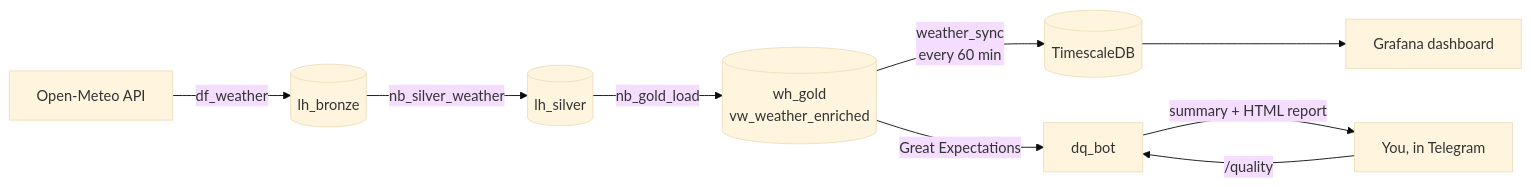
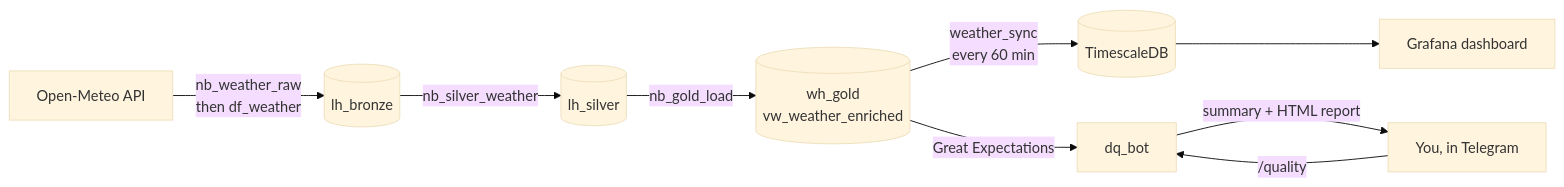
The diagram in docs/integrations.md (GammaSphere/itransition-project1-fabric), drawn with Mermaid (base theme) before and after one commit. The commit also changed other lines of this file and 8 other files, not shown here.

````diff
--- a/docs/integrations.md
+++ b/docs/integrations.md
@@ -11,11 +11,11 @@
 ```mermaid
 flowchart LR
-    OM[Open-Meteo API] -- df_weather --> B[(lh_bronze)]
+    OM[Open-Meteo API] -- "nb_weather_raw<br/>then df_weather" --> B[(lh_bronze)]
     B -- nb_silver_weather --> S[(lh_silver)]
     S -- nb_gold_load --> G[(wh_gold<br/>vw_weather_enriched)]
     G -- "weather_sync<br/>every 60 min" --> T[(TimescaleDB)]
     T --> GR[Grafana dashboard]
     G -- "Great Expectations" --> BOT[dq_bot]
     U[You, in Telegram] -- "/quality" --> BOT
     BOT -- "summary + HTML report" --> U
 ```
````
